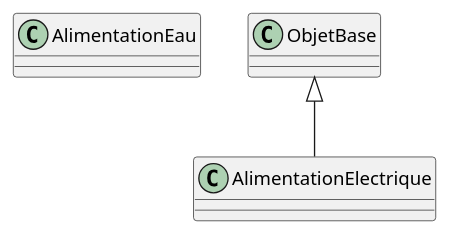
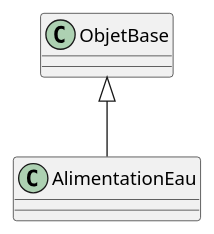
Before and after one commit to beerfactory/brewbox-uml: the diagram in alimentationEau.iuml, drawn with PlantUML.

Commit message:
Renommage

```diff
--- a/alimentationEau.iuml
+++ b/alimentationEau.iuml
@@ -1,5 +1,5 @@
 class AlimentationEau {
 	
 }
 
-ObjetBase <|-- AlimentationElectrique
+ObjetBase <|-- AlimentationEau
```
